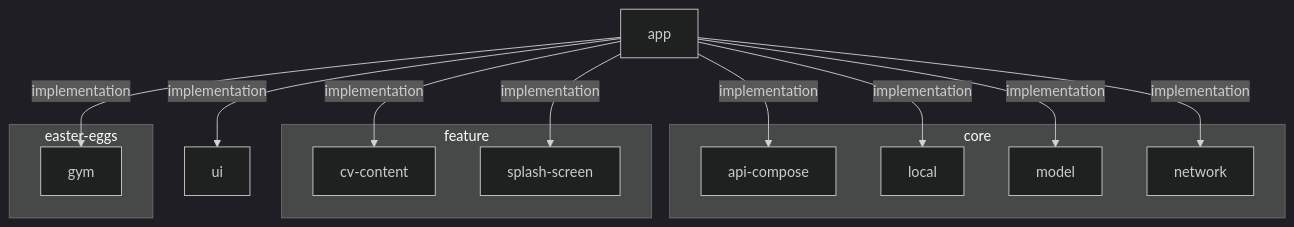
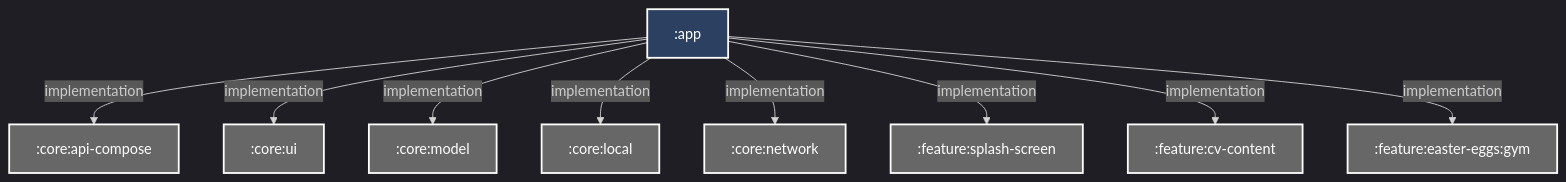
Before and after one commit to Dussim/cv-app: the diagram in app/README.md, drawn with Mermaid. The commit also changed 34 other files, not shown here.

````diff
--- a/app/README.md
+++ b/app/README.md
@@ -3,31 +3,30 @@
 ```mermaid
 %%{
   init: {
     'theme': 'dark'
   }
 }%%
 
 graph TB
+  :app -- implementation --> :core:api-compose
+  :app -- implementation --> :core:ui
+  :app -- implementation --> :core:model
+  :app -- implementation --> :core:local
+  :app -- implementation --> :core:network
+  :app -- implementation --> :feature:splash-screen
+  :app -- implementation --> :feature:cv-content
+  :app -- implementation --> :feature:easter-eggs:gym
 
-  subgraph core
-    api-compose
-    local
-    model
-    network
-  end
-  subgraph feature
-    cv-content
-    splash-screen
-  end
-  subgraph easter-eggs
-    gym
-  end
-  app -- implementation --> api-compose
-  app -- implementation --> ui
-  app -- implementation --> model
-  app -- implementation --> local
-  app -- implementation --> network
-  app -- implementation --> splash-screen
-  app -- implementation --> cv-content
-  app -- implementation --> gym
+classDef android-application fill:#2C4162,stroke:#fff,stroke-width:2px,color:#fff;
+classDef unknown fill:#676767,stroke:#fff,stroke-width:2px,color:#fff;
+class :app android-application
+class :core:api-compose unknown
+class :core:ui unknown
+class :core:model unknown
+class :core:local unknown
+class :core:network unknown
+class :feature:splash-screen unknown
+class :feature:cv-content unknown
+class :feature:easter-eggs:gym unknown
+
 ```
````
